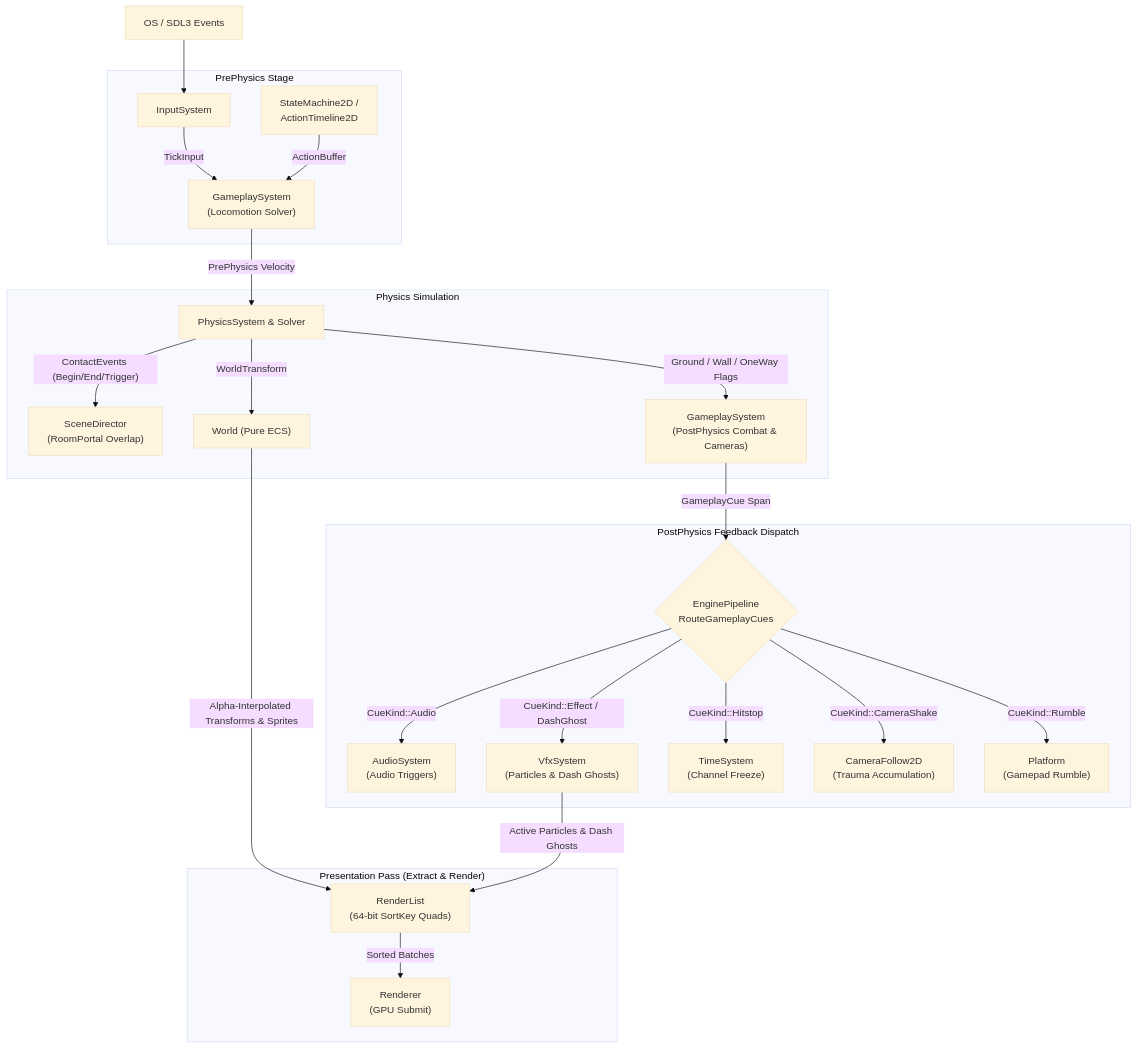
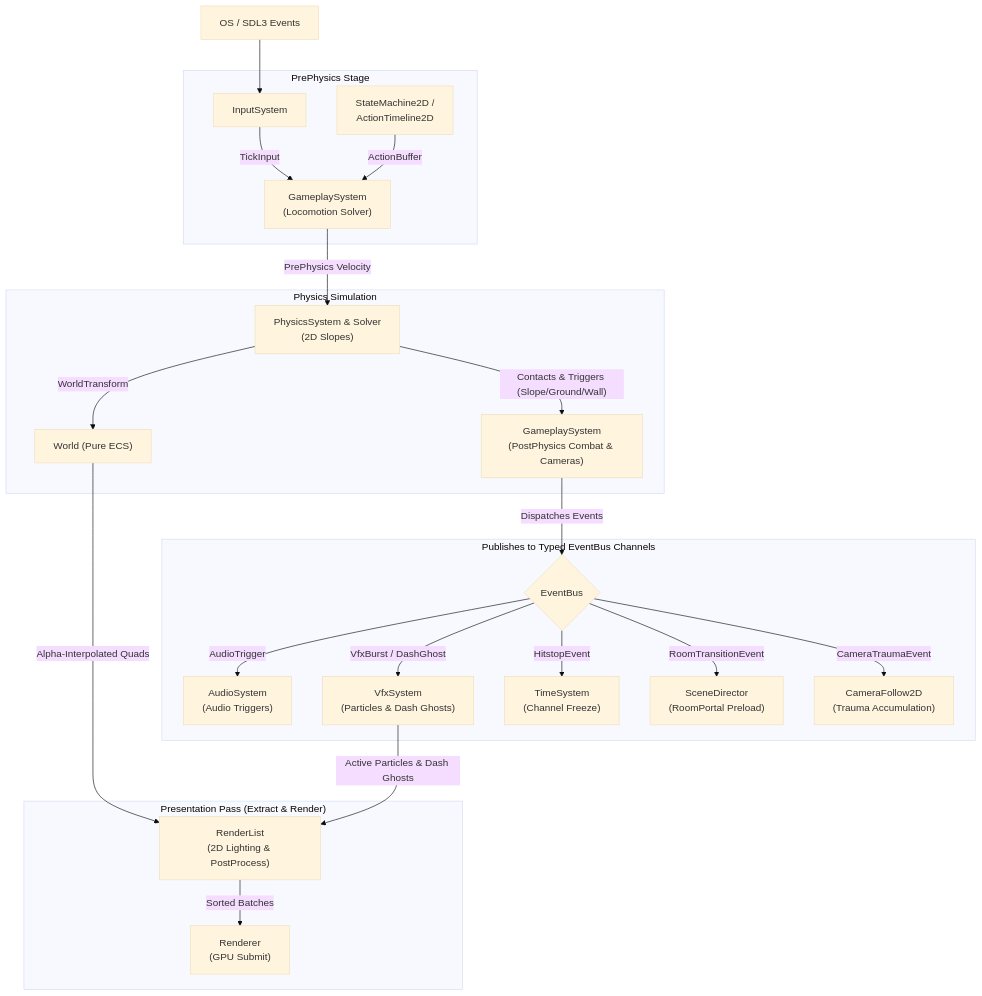
Before and after one commit to nmnguyen130/EngineN: the second of 2 diagrams in docs/Engine_Architecture.md, drawn with Mermaid (base theme). The commit also changed other lines of this file and 29 other files, not shown here.

Commit message:
refactor: architecture md

````diff
--- a/docs/Engine_Architecture.md
+++ b/docs/Engine_Architecture.md
@@ -142,32 +155,31 @@
 ```mermaid
 flowchart TD
     OS["OS / SDL3 Events"] --> InputSys["InputSystem"]
 
     subgraph PrePhysicsStage ["PrePhysics Stage"]
         InputSys -- "TickInput" --> GameplayPre["GameplaySystem<br/>(Locomotion Solver)"]
         FSM["StateMachine2D /<br/>ActionTimeline2D"] -- "ActionBuffer" --> GameplayPre
     end
 
-    GameplayPre -- "PrePhysics Velocity" --> PhysicsSys["PhysicsSystem & Solver"]
+    GameplayPre -- "PrePhysics Velocity" --> PhysicsSys["PhysicsSystem & Solver<br/>(2D Slopes)"]
 
     subgraph PhysicsSimStage ["Physics Simulation"]
-        PhysicsSys -- "ContactEvents (Begin/End/Trigger)" --> SceneDir["SceneDirector<br/>(RoomPortal Overlap)"]
         PhysicsSys -- "WorldTransform" --> World["World (Pure ECS)"]
-        PhysicsSys -- "Ground / Wall / OneWay Flags" --> GameplayPost["GameplaySystem<br/>(PostPhysics Combat & Cameras)"]
+        PhysicsSys -- "Contacts & Triggers (Slope/Ground/Wall)" --> GameplayPost["GameplaySystem<br/>(PostPhysics Combat & Cameras)"]
     end
 
-    subgraph PostPhysicsFeedback ["PostPhysics Feedback Dispatch"]
-        GameplayPost -- "GameplayCue Span" --> CueRouter{"EnginePipeline<br/>RouteGameplayCues"}
-        CueRouter -- "CueKind::Audio" --> AudioSys["AudioSystem<br/>(Audio Triggers)"]
-        CueRouter -- "CueKind::Effect / DashGhost" --> VfxSys["VfxSystem<br/>(Particles & Dash Ghosts)"]
-        CueRouter -- "CueKind::Hitstop" --> TimeSys["TimeSystem<br/>(Channel Freeze)"]
-        CueRouter -- "CueKind::CameraShake" --> CamFollow["CameraFollow2D<br/>(Trauma Accumulation)"]
-        CueRouter -- "CueKind::Rumble" --> Platform["Platform<br/>(Gamepad Rumble)"]
+    subgraph EventBusDispatch ["Publishes to Typed EventBus Channels"]
+        GameplayPost -- "Dispatches Events" --> EventBusNode{"EventBus"}
+        EventBusNode -- "AudioTrigger" --> AudioSys["AudioSystem<br/>(Audio Triggers)"]
+        EventBusNode -- "VfxBurst / DashGhost" --> VfxSys["VfxSystem<br/>(Particles & Dash Ghosts)"]
+        EventBusNode -- "HitstopEvent" --> TimeSys["TimeSystem<br/>(Channel Freeze)"]
+        EventBusNode -- "RoomTransitionEvent" --> SceneDir["SceneDirector<br/>(RoomPortal Preload)"]
+        EventBusNode -- "CameraTraumaEvent" --> CamFollow["CameraFollow2D<br/>(Trauma Accumulation)"]
     end
 
     subgraph PresentationPass ["Presentation Pass (Extract & Render)"]
-        World -- "Alpha-Interpolated Transforms & Sprites" --> RenderList["RenderList<br/>(64-bit SortKey Quads)"]
+        World -- "Alpha-Interpolated Quads" --> RenderList["RenderList<br/>(2D Lighting & PostProcess)"]
         VfxSys -- "Active Particles & Dash Ghosts" --> RenderList
         RenderList -- "Sorted Batches" --> Renderer["Renderer<br/>(GPU Submit)"]
     end
 ```
````
